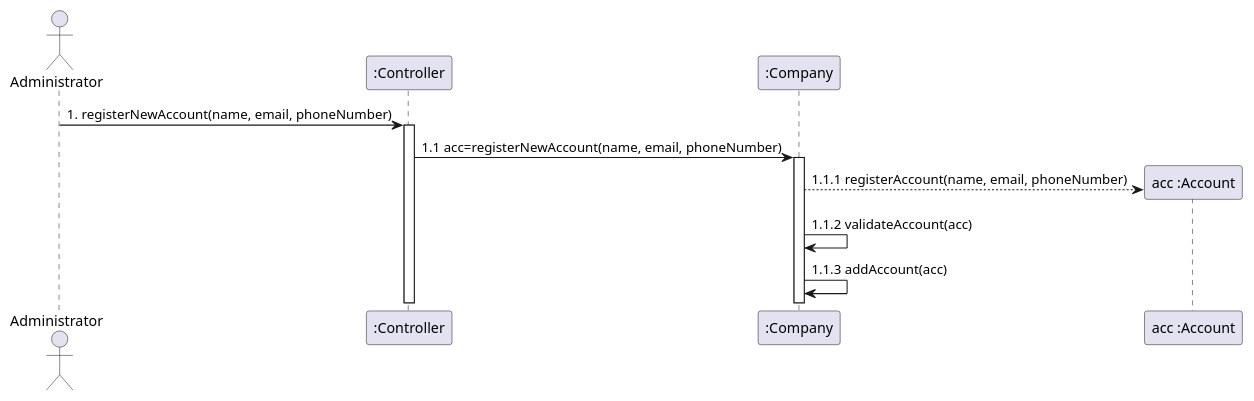
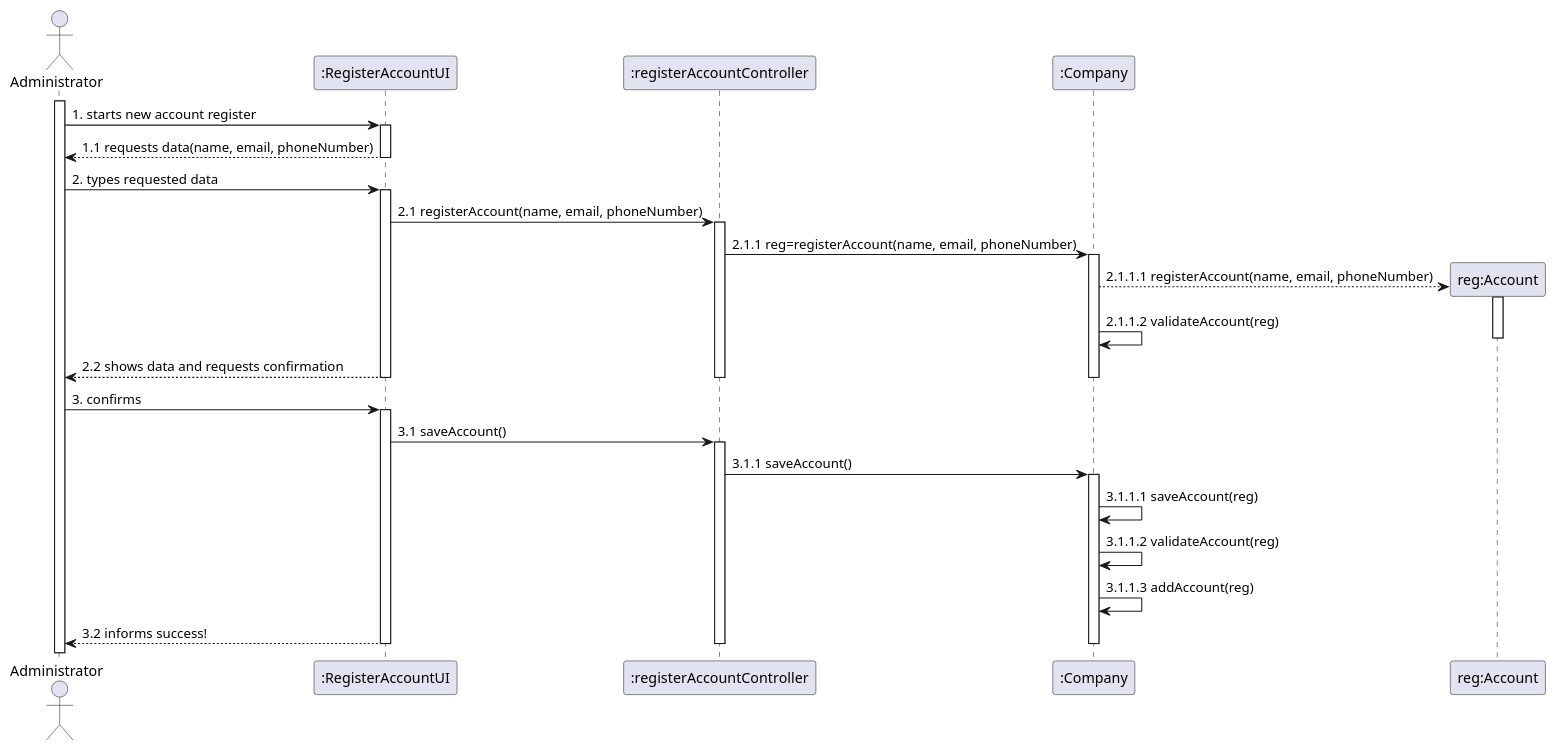
One commit to Loracline/project_switch_22-23 changed the diagram in docs/modelling_design/user_stories/us002/US002_Sequence_Diagram.puml. Above: the diagram before and after it, drawn with PlantUML. The commit also changed other lines of this file, not shown here.

Commit message:
US002: Design : Refinement of sequence diagram with UI interactions (Use case: to register an account).

```diff
--- a/docs/modelling_design/user_stories/us002/US002_Sequence_Diagram.puml
+++ b/docs/modelling_design/user_stories/us002/US002_Sequence_Diagram.puml
@@ -1,16 +1,44 @@
 @startuml
 actor Administrator
-participant ":Controller" as controller
+participant ":RegisterAccountUI" as ui
+participant ":registerAccountController" as controller
 participant ":Company" as company
-participant "acc :Account" as account
+participant "reg:Account" as account
 
-Administrator -> controller: 1. registerNewAccount(name, email, phoneNumber)
+activate Administrator
+Administrator -> ui: 1. starts new account register
+activate ui
+ui --> Administrator: 1.1 requests data(name, email, phoneNumber)
+deactivate ui
+Administrator -> ui: 2. types requested data
+activate ui
+ui -> controller: 2.1 registerAccount(name, email, phoneNumber)
 activate controller
-controller -> company: 1.1 acc=registerNewAccount(name, email, phoneNumber)
+controller -> company: 2.1.1 reg=registerAccount(name, email, phoneNumber)
 activate company
 create account
-company --> account: 1.1.1 registerAccount(name, email, phoneNumber)
-company -> company: 1.1.2 validateAccount(acc)
-company -> company: 1.1.3 addAccount(acc)
+company --> account: 2.1.1.1 registerAccount(name, email, phoneNumber)
+activate account
+company -> company: 2.1.1.2 validateAccount(reg)
+deactivate account
+ui --> Administrator: 2.2 shows data and requests confirmation
+deactivate controller
+deactivate company
+deactivate ui
+Administrator -> ui: 3. confirms
+activate ui
+ui -> controller: 3.1 saveAccount()
+activate controller
+controller -> company: 3.1.1 saveAccount()
+activate company
+company -> company: 3.1.1.1 saveAccount(reg)
+company -> company: 3.1.1.2 validateAccount(reg)
+company -> company: 3.1.1.3 addAccount(reg)
+
+ui --> Administrator: 3.2 informs success!
+deactivate company
+deactivate controller
+deactivate ui
+
 
 @enduml
```
